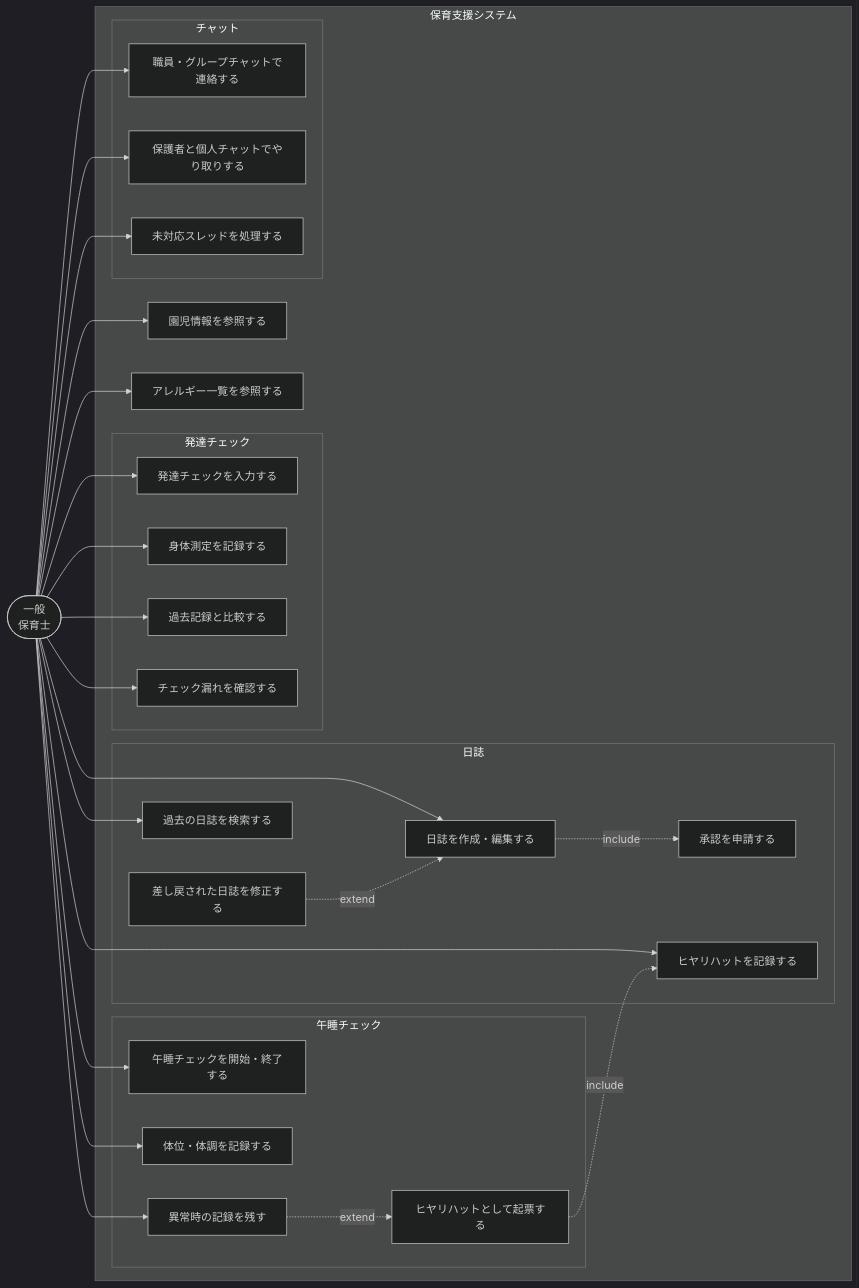
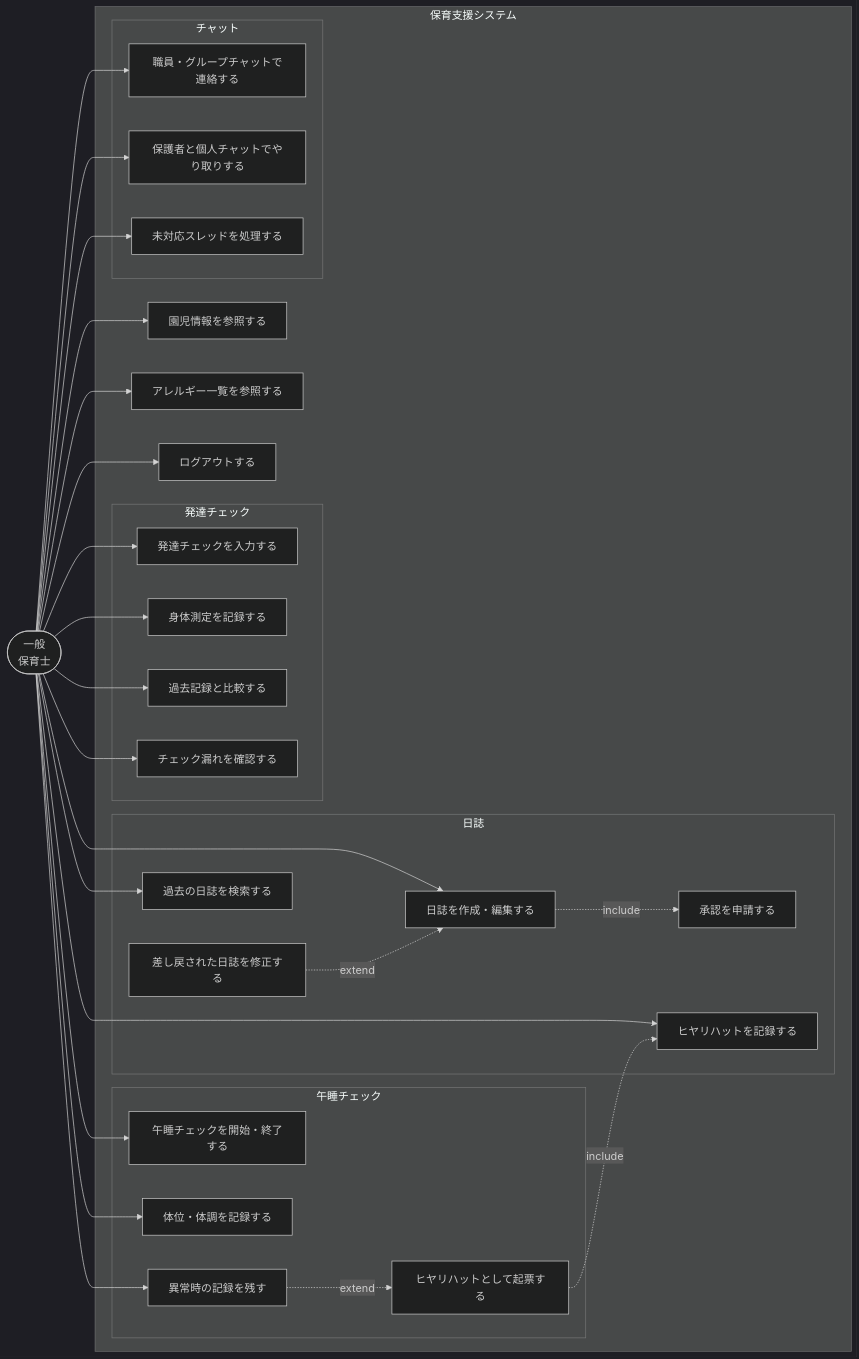
The fourth of 5 diagrams in 図/ユースケース図.md (issei0423/sukusuku_system), drawn with Mermaid (dark theme) before and after one commit. The commit also changed other lines of this file and 5 other files, not shown here.

````diff
--- a/図/ユースケース図.md
+++ b/図/ユースケース図.md
@@ -154,53 +167,55 @@
 ```mermaid
 flowchart LR
     STAFF(["一般<br>保育士"])
 
     subgraph SYS["保育支援システム"]
         subgraph D["日誌"]
             S1["日誌を作成・編集する"]
             S2["承認を申請する"]
             S3["差し戻された日誌を修正する"]
             S4["ヒヤリハットを記録する"]
             S5["過去の日誌を検索する"]
         end
         subgraph N["午睡チェック"]
             S6["午睡チェックを開始・終了する"]
             S7["体位・体調を記録する"]
             S8["異常時の記録を残す"]
             S9["ヒヤリハットとして起票する"]
         end
         subgraph V["発達チェック"]
             S10["発達チェックを入力する"]
             S11["身体測定を記録する"]
             S12["過去記録と比較する"]
             S13["チェック漏れを確認する"]
         end
         subgraph C["チャット"]
             S14["職員・グループチャットで連絡する"]
             S15["保護者と個人チャットでやり取りする"]
             S16["未対応スレッドを処理する"]
         end
         S17["園児情報を参照する"]
         S18["アレルギー一覧を参照する"]
+        S19["ログアウトする"]
     end
 
     STAFF --> S1
     STAFF --> S4
     STAFF --> S5
     STAFF --> S6
     STAFF --> S7
     STAFF --> S8
     STAFF --> S10
     STAFF --> S11
     STAFF --> S12
     STAFF --> S13
     STAFF --> S14
     STAFF --> S15
     STAFF --> S16
     STAFF --> S17
     STAFF --> S18
+    STAFF --> S19
     S1 -.->|include| S2
     S3 -.->|extend| S1
     S8 -.->|extend| S9
     S9 -.->|include| S4
 ```
````
